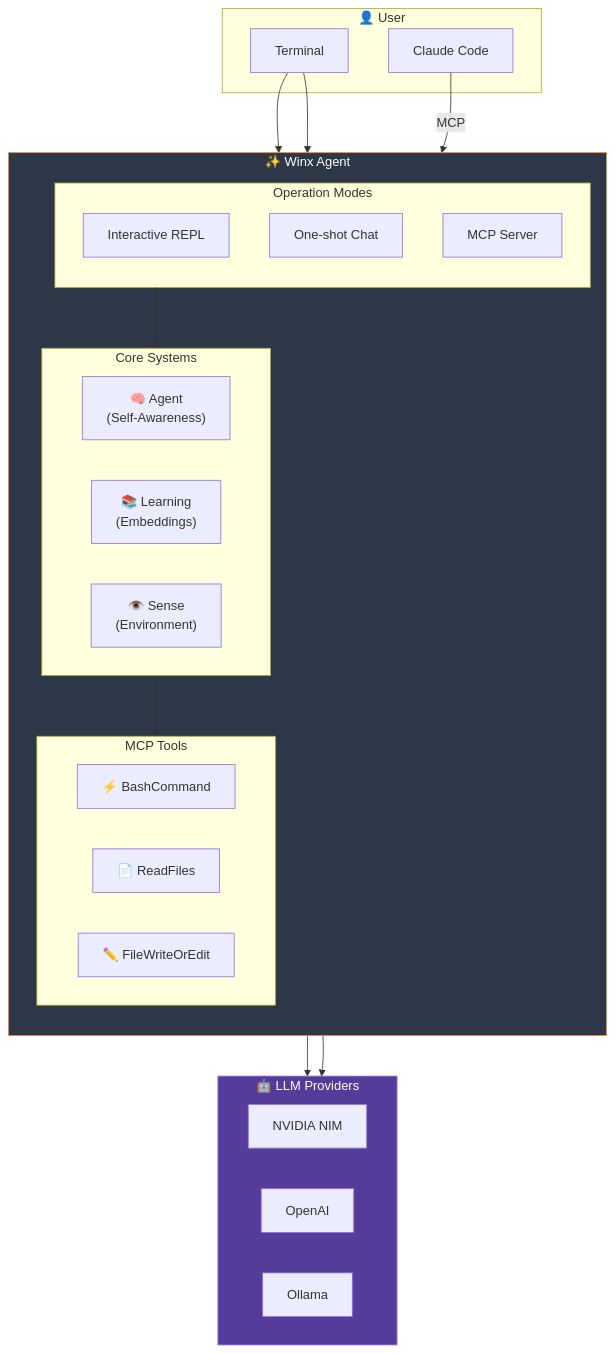
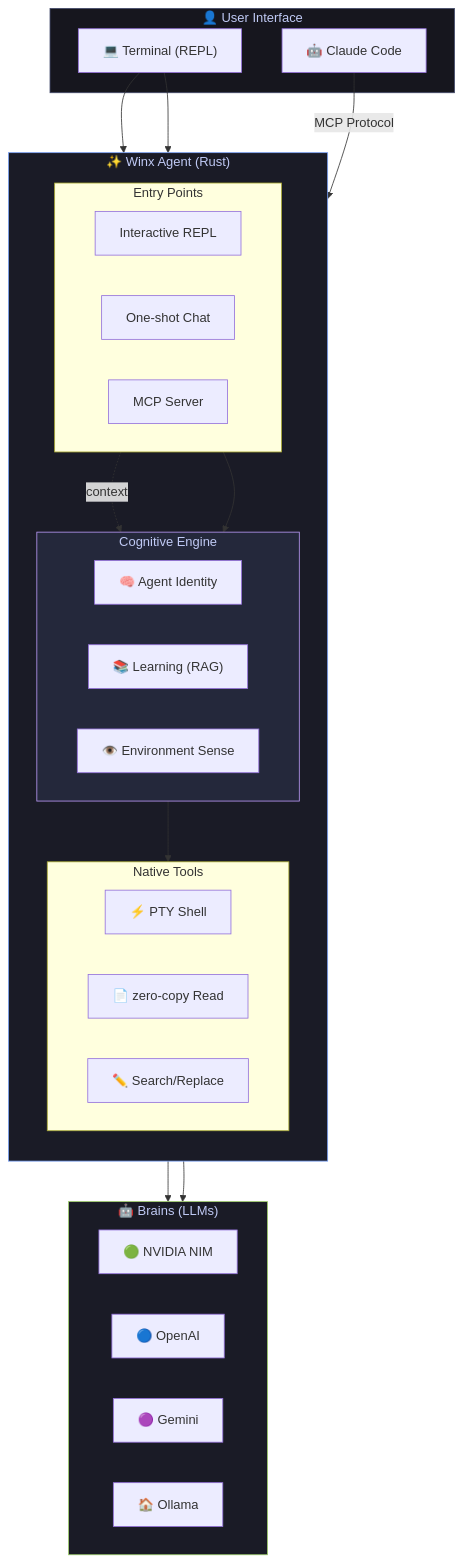
One commit to gabrielmaialva33/winx-code-agent changed the fifth of 5 diagrams in README.md. Above: the diagram before and after it, drawn with Mermaid. The commit also changed other lines of this file and 27 other files, not shown here.

Commit message:
refactor: standardize docs to English, cleanup legacy files, update architecture diagrams and install winx dogfooding

````diff
--- a/README.md
+++ b/README.md
@@ -334,43 +331,54 @@
 ```mermaid
 flowchart TB
-    subgraph User["👤 User"]
-        cli["Terminal"]
-        claude["Claude Code"]
+    subgraph User["👤 User Interface"]
+        cli["💻 Terminal (REPL)"]
+        claude["🤖 Claude Code"]
     end
 
-    subgraph Winx["✨ Winx Agent"]
+    subgraph Winx["✨ Winx Agent (Rust)"]
         direction TB
-        subgraph Modes["Operation Modes"]
+        subgraph Modes["Entry Points"]
+            direction LR
             repl["Interactive REPL"]
             chat["One-shot Chat"]
             mcp["MCP Server"]
         end
-        subgraph Core["Core Systems"]
-            agent["🧠 Agent<br/>(Self-Awareness)"]
-            learn["📚 Learning<br/>(Embeddings)"]
-            sense["👁️ Sense<br/>(Environment)"]
+
+        subgraph Core["Cognitive Engine"]
+            direction LR
+            agent["🧠 Agent Identity"]
+            learn["📚 Learning (RAG)"]
+            sense["👁️ Environment Sense"]
         end
-        subgraph Tools["MCP Tools"]
-            bash["⚡ BashCommand"]
-            files["📄 ReadFiles"]
-            write["✏️ FileWriteOrEdit"]
+
+        subgraph Tools["Native Tools"]
+            direction LR
+            bash["⚡ PTY Shell"]
+            files["📄 zero-copy Read"]
+            write["✏️ Search/Replace"]
         end
     end
 
-    subgraph Providers["🤖 LLM Providers"]
-        nvidia["NVIDIA NIM"]
-        openai["OpenAI"]
-        ollama["Ollama"]
+    subgraph Providers["🤖 Brains (LLMs)"]
+        nvidia["🟢 NVIDIA NIM"]
+        openai["🔵 OpenAI"]
+        gemini["🟣 Gemini"]
+        ollama["🏠 Ollama"]
     end
 
     cli --> repl
     cli --> chat
-    claude -->|MCP| mcp
+    claude -->|MCP Protocol| mcp
+    
     Modes --> Core
     Core --> Tools
+    
     repl --> Providers
     chat --> Providers
+    mcp -.->|context| learn
 
-    style Winx fill:#2d3748,stroke:#ed8936,color:#fff
-    style Providers fill:#553c9a,stroke:#9f7aea,color:#fff
+    style Winx fill:#1a1b26,stroke:#7aa2f7,color:#c0caf5
+    style Core fill:#24283b,stroke:#bb9af7,color:#c0caf5
+    style User fill:#16161e,stroke:#414868,color:#c0caf5
+    style Providers fill:#1a1b26,stroke:#9ece6a,color:#c0caf5
 ```
````
